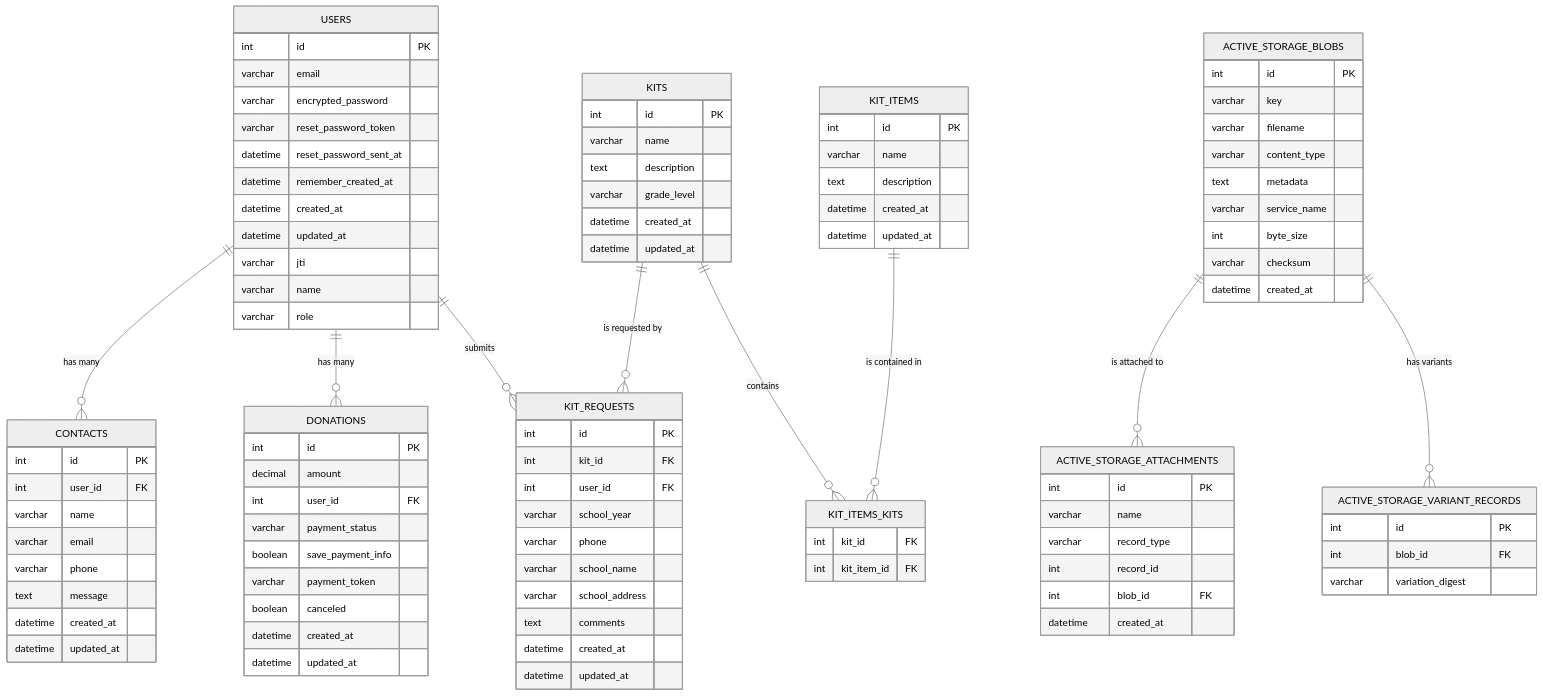
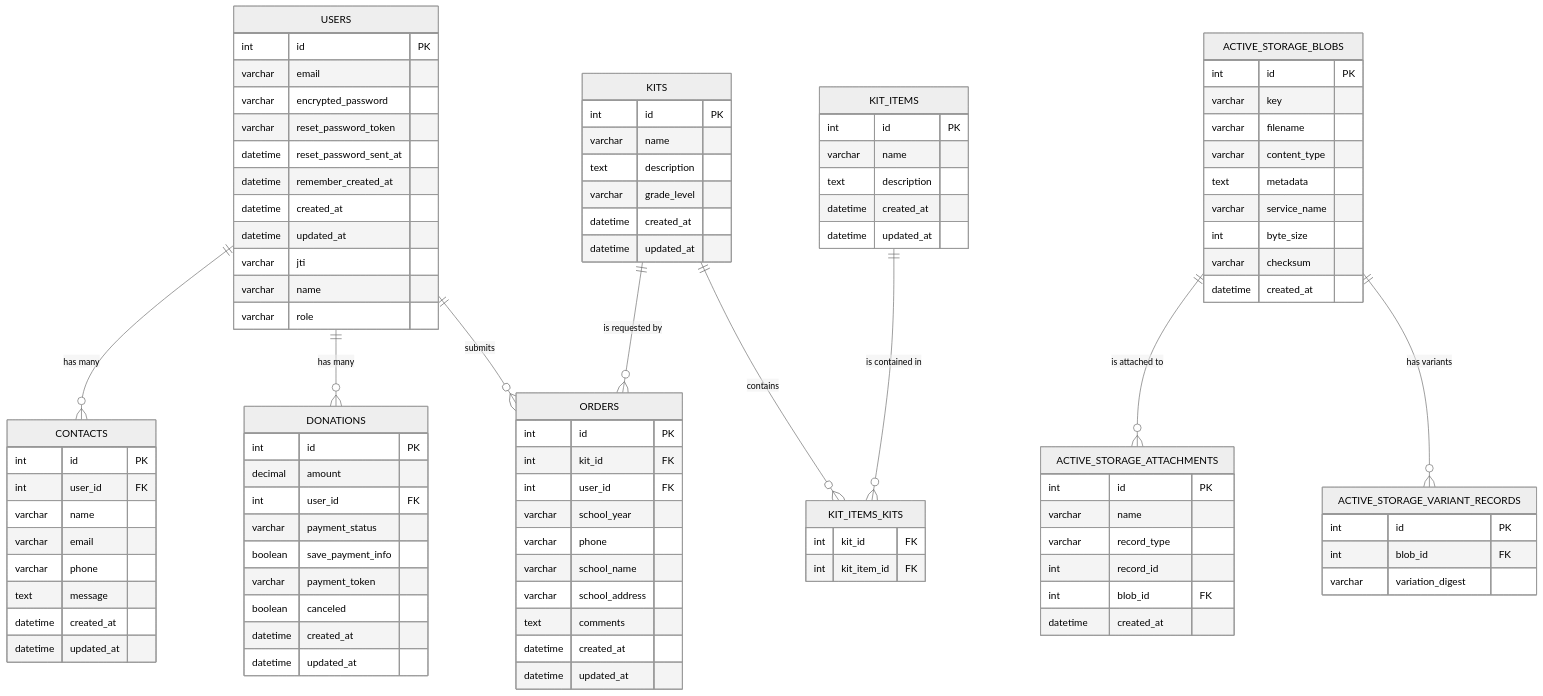
One commit to mhope21/xp-project-aware changed the diagram in README.md. Above: the diagram before and after it, drawn with Mermaid (neutral theme). The commit also changed 8 other files, not shown here.

Commit message:
Change frontend to use orders instead of kit_requests

```diff
--- a/README.md
+++ b/README.md
@@ -163,7 +163,7 @@
         int kit_item_id FK
     }
 
-    KIT_REQUESTS {
+    ORDERS {
         int id PK
         int kit_id FK
         int user_id FK
@@ -205,10 +205,10 @@
 
     USERS ||--o{ CONTACTS : "has many"
     USERS ||--o{ DONATIONS : "has many"
-    USERS ||--o{ KIT_REQUESTS : "submits"
+    USERS ||--o{ ORDERS : "submits"
     KITS ||--o{ KIT_ITEMS_KITS : "contains"
     KIT_ITEMS ||--o{ KIT_ITEMS_KITS : "is contained in"
-    KITS ||--o{ KIT_REQUESTS : "is requested by"
+    KITS ||--o{ ORDERS : "is requested by"
     ACTIVE_STORAGE_BLOBS ||--o{ ACTIVE_STORAGE_ATTACHMENTS : "is attached to"
     ACTIVE_STORAGE_BLOBS ||--o{ ACTIVE_STORAGE_VARIANT_RECORDS : "has variants"
 
```
